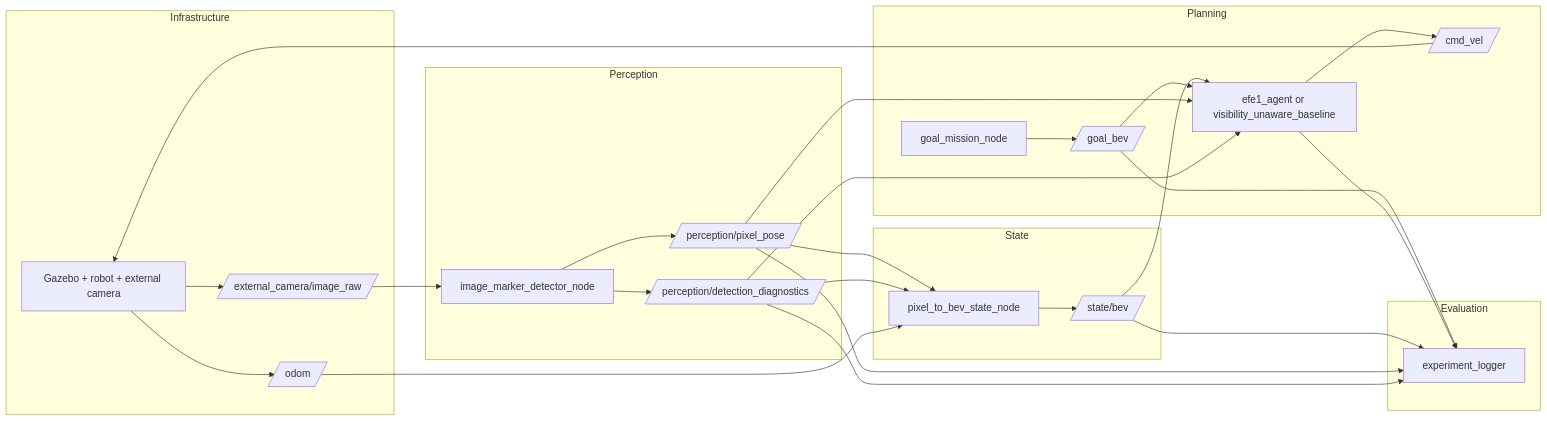
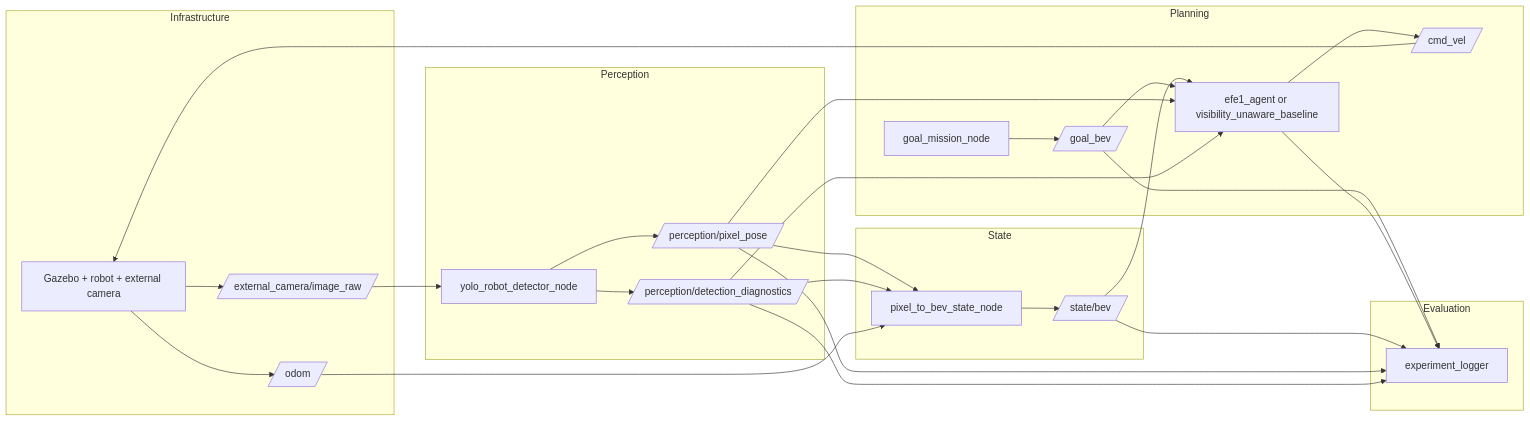
The second of 2 diagrams in docs/runtime_dataflow.md (JoostLeliveld/UnembodiedNavigation), drawn with Mermaid before and after one commit. The commit also changed other lines of this file and 102 other files, not shown here.

````diff
--- a/docs/runtime_dataflow.md
+++ b/docs/runtime_dataflow.md
@@ -42,52 +60,52 @@
 ```mermaid
 flowchart LR
     subgraph Infrastructure
         SIM[Gazebo + robot + external camera]
         ODOM[/odom/]
         IMG[/external_camera/image_raw/]
     end
 
     subgraph Perception
-        DET[image_marker_detector_node]
+        DET[yolo_robot_detector_node]
         PIX[/perception/pixel_pose/]
         DIAG[/perception/detection_diagnostics/]
     end
 
     subgraph State
         BEVNODE[pixel_to_bev_state_node]
         BEV[/state/bev/]
     end
 
     subgraph Planning
         GOALNODE[goal_mission_node]
         GOAL[/goal_bev/]
         PLAN[efe1_agent or visibility_unaware_baseline]
         CMD[/cmd_vel/]
     end
 
     subgraph Evaluation
         LOG[experiment_logger]
     end
 
     IMG --> DET
     DET --> PIX
     DET --> DIAG
     PIX --> BEVNODE
     DIAG --> BEVNODE
     ODOM --> BEVNODE
     BEVNODE --> BEV
     GOALNODE --> GOAL
     BEV --> PLAN
     GOAL --> PLAN
     PIX --> PLAN
     DIAG --> PLAN
     PLAN --> CMD
     CMD --> SIM
     SIM --> IMG
     SIM --> ODOM
     BEV --> LOG
     PIX --> LOG
     DIAG --> LOG
     GOAL --> LOG
     PLAN --> LOG
 ```
````
